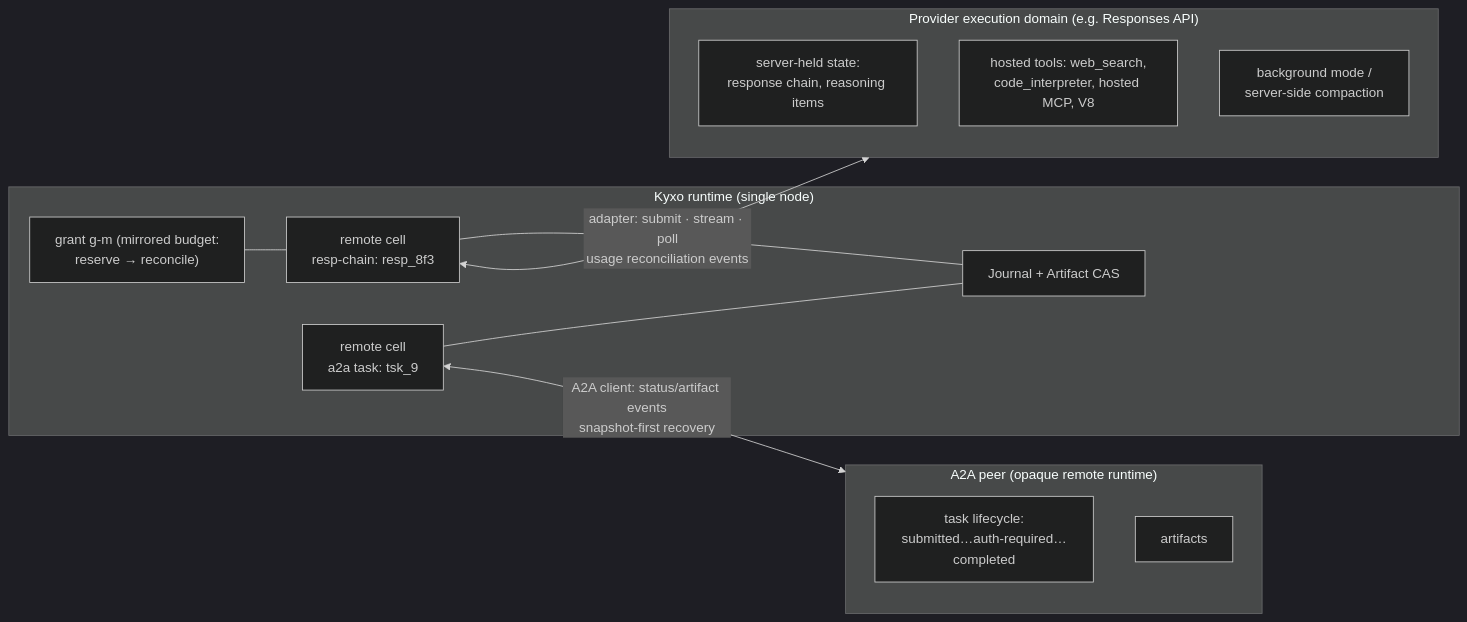
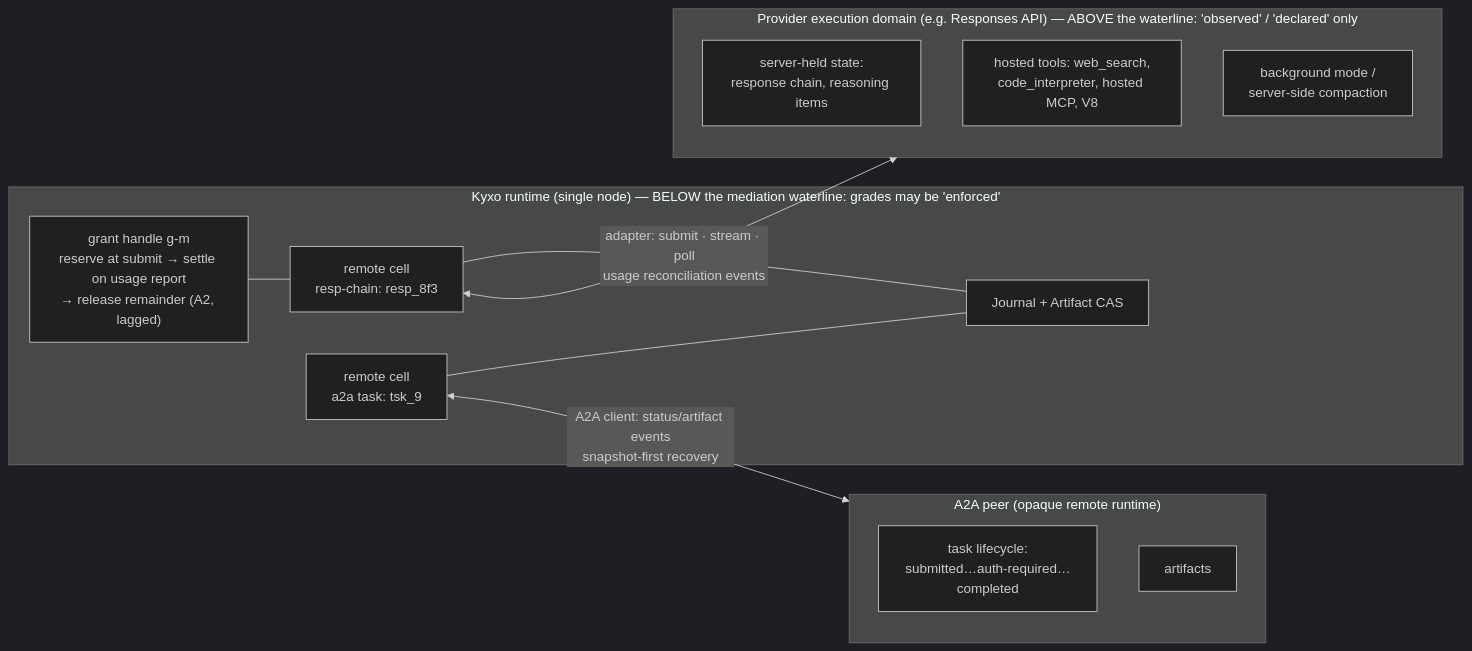
One commit to jeetu619/kyxo-runtime changed the second of 2 diagrams in docs/07-RUNTIME-ARCHITECTURE.md. Above: the diagram before and after it, drawn with Mermaid (dark theme). The commit also changed other lines of this file and 7 other files, not shown here.

````diff
--- a/docs/07-RUNTIME-ARCHITECTURE.md
+++ b/docs/07-RUNTIME-ARCHITECTURE.md
@@ -362,23 +427,23 @@
 ```mermaid
 flowchart LR
-    subgraph LOCAL["Kyxo runtime (single node)"]
+    subgraph LOCAL["Kyxo runtime (single node) — BELOW the mediation waterline: grades may be 'enforced'"]
         J["Journal + Artifact CAS"]
         RC1["remote cell<br/>resp-chain: resp_8f3"]
         RC2["remote cell<br/>a2a task: tsk_9"]
-        G1["grant g-m (mirrored budget:<br/>reserve → reconcile)"]
+        G1["grant handle g-m<br/>reserve at submit → settle on usage report<br/>→ release remainder (A2, lagged)"]
         RC1 --- J
         RC2 --- J
         G1 --- RC1
     end
-    subgraph PROV["Provider execution domain (e.g. Responses API)"]
+    subgraph PROV["Provider execution domain (e.g. Responses API) — ABOVE the waterline: 'observed' / 'declared' only"]
         S1["server-held state:<br/>response chain, reasoning items"]
         S2["hosted tools: web_search,<br/>code_interpreter, hosted MCP, V8"]
         S3["background mode /<br/>server-side compaction"]
     end
     subgraph PEER["A2A peer (opaque remote runtime)"]
         T1["task lifecycle:<br/>submitted…auth-required…completed"]
         T2["artifacts"]
     end
     RC1 <-->|"adapter: submit · stream · poll<br/>usage reconciliation events"| PROV
     RC2 <-->|"A2A client: status/artifact events<br/>snapshot-first recovery"| PEER
 ```
````
